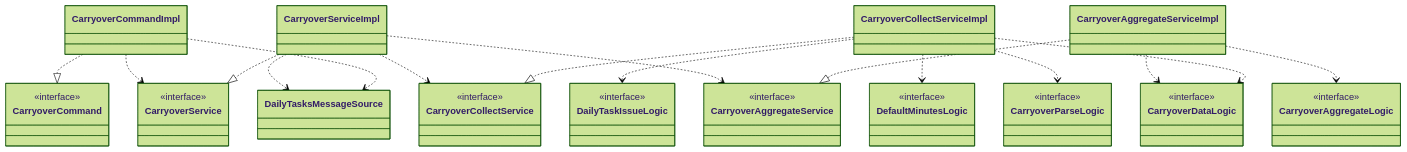
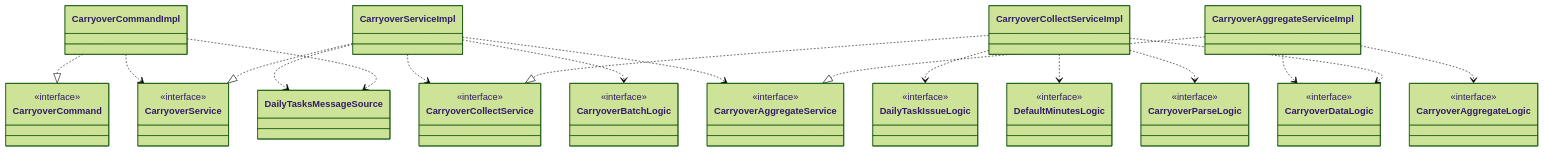
Before and after one commit to KenichiroArai/kb002_daily-tasks_doc: the second of 3 diagrams in docs/design/backend/04-modules.md, drawn with Mermaid (forest theme). The commit also changed other lines of this file and 3 other files, not shown here.

First line of the commit message:
#3 索引の単位分割を CarryoverBatchLogic に切り出した設計へ合わせる

````diff
--- a/docs/design/backend/04-modules.md
+++ b/docs/design/backend/04-modules.md
@@ -61,51 +62,55 @@
 ```mermaid
 classDiagram
   class CarryoverCommand {
     <<interface>>
   }
   class CarryoverCommandImpl
   class CarryoverService {
     <<interface>>
   }
   class CarryoverServiceImpl
   class CarryoverCollectService {
     <<interface>>
   }
   class CarryoverCollectServiceImpl
   class CarryoverAggregateService {
     <<interface>>
   }
   class CarryoverAggregateServiceImpl
   class DailyTaskIssueLogic {
     <<interface>>
   }
   class DefaultMinutesLogic {
     <<interface>>
   }
   class CarryoverDataLogic {
     <<interface>>
   }
   class CarryoverParseLogic {
     <<interface>>
   }
   class CarryoverAggregateLogic {
     <<interface>>
   }
+  class CarryoverBatchLogic {
+    <<interface>>
+  }
   class DailyTasksMessageSource
 
   CarryoverCommandImpl ..|> CarryoverCommand
   CarryoverServiceImpl ..|> CarryoverService
   CarryoverCollectServiceImpl ..|> CarryoverCollectService
   CarryoverAggregateServiceImpl ..|> CarryoverAggregateService
   CarryoverCommandImpl ..> CarryoverService
   CarryoverCommandImpl ..> DailyTasksMessageSource
   CarryoverServiceImpl ..> CarryoverCollectService
   CarryoverServiceImpl ..> CarryoverAggregateService
+  CarryoverServiceImpl ..> CarryoverBatchLogic
   CarryoverServiceImpl ..> DailyTasksMessageSource
   CarryoverCollectServiceImpl ..> DailyTaskIssueLogic
   CarryoverCollectServiceImpl ..> DefaultMinutesLogic
   CarryoverCollectServiceImpl ..> CarryoverDataLogic
   CarryoverCollectServiceImpl ..> CarryoverParseLogic
   CarryoverAggregateServiceImpl ..> CarryoverAggregateLogic
   CarryoverAggregateServiceImpl ..> CarryoverDataLogic
 ```
````
